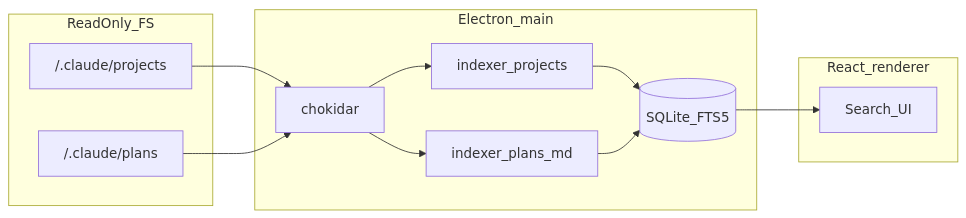
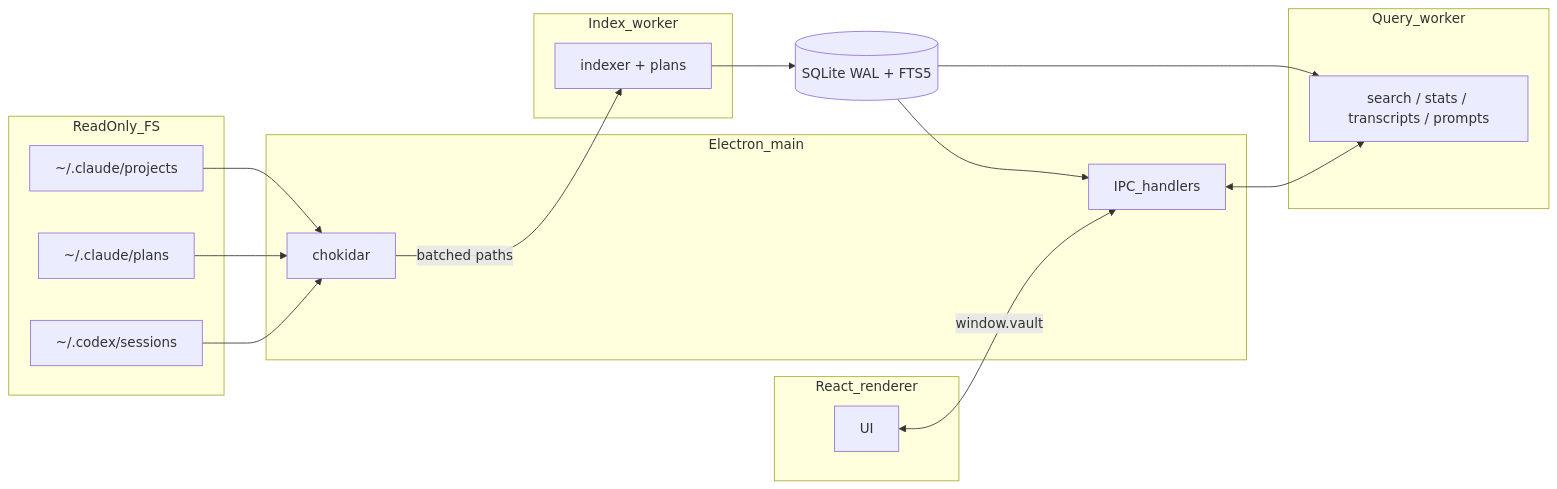
The diagram in docs/architecture.md (RosieOh/ccStory), drawn with Mermaid before and after one commit. The commit also changed other lines of this file, not shown here.

````diff
--- a/docs/architecture.md
+++ b/docs/architecture.md
@@ -5,23 +5,31 @@
 ```mermaid
 flowchart LR
   subgraph fs [ReadOnly_FS]
-    CP["/.claude/projects"]
-    PL["/.claude/plans"]
+    CP["~/.claude/projects"]
+    PL["~/.claude/plans"]
+    CX["~/.codex/sessions"]
   end
   subgraph main [Electron_main]
     W[chokidar]
-    P[indexer_projects]
-    PI[indexer_plans_md]
-    DB[(SQLite_FTS5)]
+    IPC[IPC_handlers]
   end
+  subgraph iw [Index_worker]
+    IDX[indexer + plans]
+  end
+  subgraph qw [Query_worker]
+    Q[search / stats / transcripts / prompts]
+  end
+  DB[(SQLite WAL + FTS5)]
   subgraph ui [React_renderer]
-    R[Search_UI]
+    R[UI]
   end
   CP --> W
   PL --> W
-  W --> P
-  W --> PI
-  P --> DB
-  PI --> DB
-  DB --> R
+  CX --> W
+  W -- batched paths --> IDX
+  IDX --> DB
+  DB --> Q
+  DB --> IPC
+  R <-- window.vault --> IPC
+  IPC <--> Q
 ```
````
